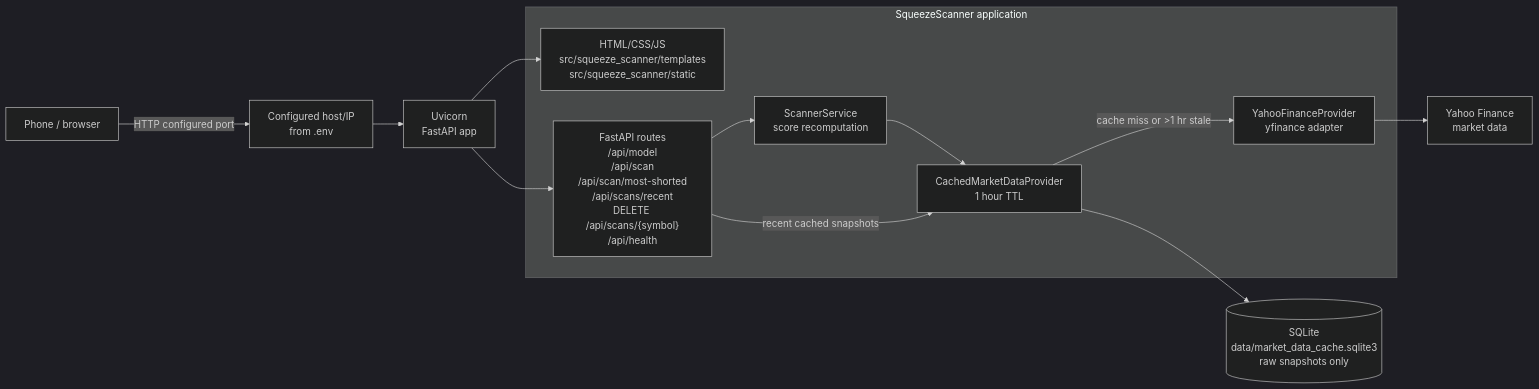
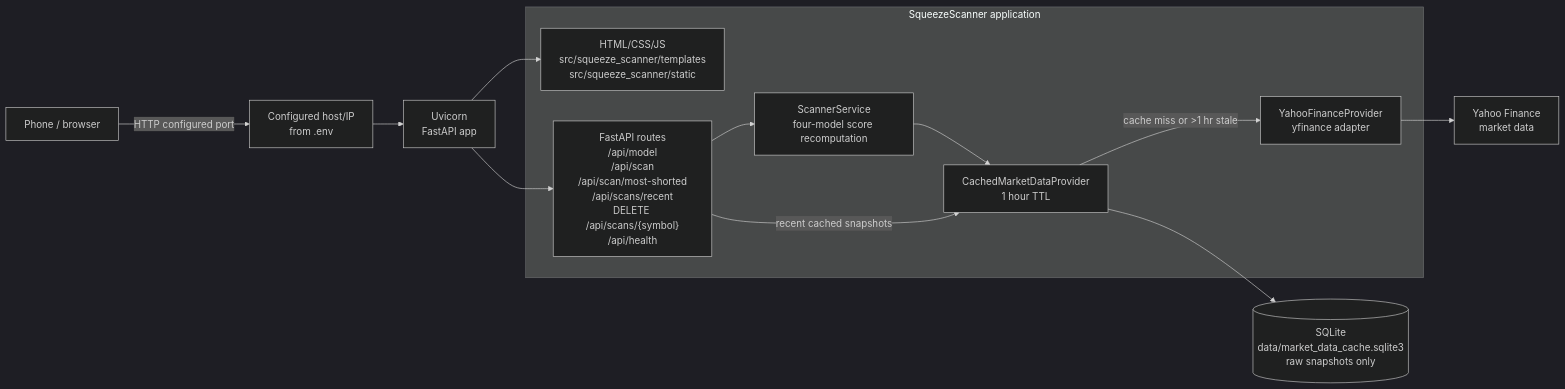
One commit to agorevski/SqueezeScanner changed the first of 2 diagrams in ARCHITECTURE.md. Above: the diagram before and after it, drawn with Mermaid (dark theme). The commit also changed other lines of this file and 13 other files, not shown here.

````diff
--- a/ARCHITECTURE.md
+++ b/ARCHITECTURE.md
@@ -3,22 +3,22 @@
 ```mermaid
 flowchart LR
     Phone["Phone / browser"] -->|HTTP configured port| Network["Configured host/IP<br/>from .env"]
     Network --> Uvicorn["Uvicorn<br/>FastAPI app"]
 
     subgraph WebApp["SqueezeScanner application"]
         UI["HTML/CSS/JS<br/>src/squeeze_scanner/templates<br/>src/squeeze_scanner/static"]
         API["FastAPI routes<br/>/api/model<br/>/api/scan<br/>/api/scan/most-shorted<br/>/api/scans/recent<br/>DELETE /api/scans/{symbol}<br/>/api/health"]
-        Scanner["ScannerService<br/>score recomputation"]
+        Scanner["ScannerService<br/>four-model score recomputation"]
         CacheProvider["CachedMarketDataProvider<br/>1 hour TTL"]
         YahooProvider["YahooFinanceProvider<br/>yfinance adapter"]
     end
 
     Uvicorn --> UI
     Uvicorn --> API
     API --> Scanner
     Scanner --> CacheProvider
     API -->|"recent cached snapshots"| CacheProvider
     CacheProvider --> SQLite[("SQLite<br/>data/market_data_cache.sqlite3<br/>raw snapshots only")]
     CacheProvider -->|"cache miss or >1 hr stale"| YahooProvider
     YahooProvider --> Yahoo["Yahoo Finance<br/>market data"]
 ```
````
